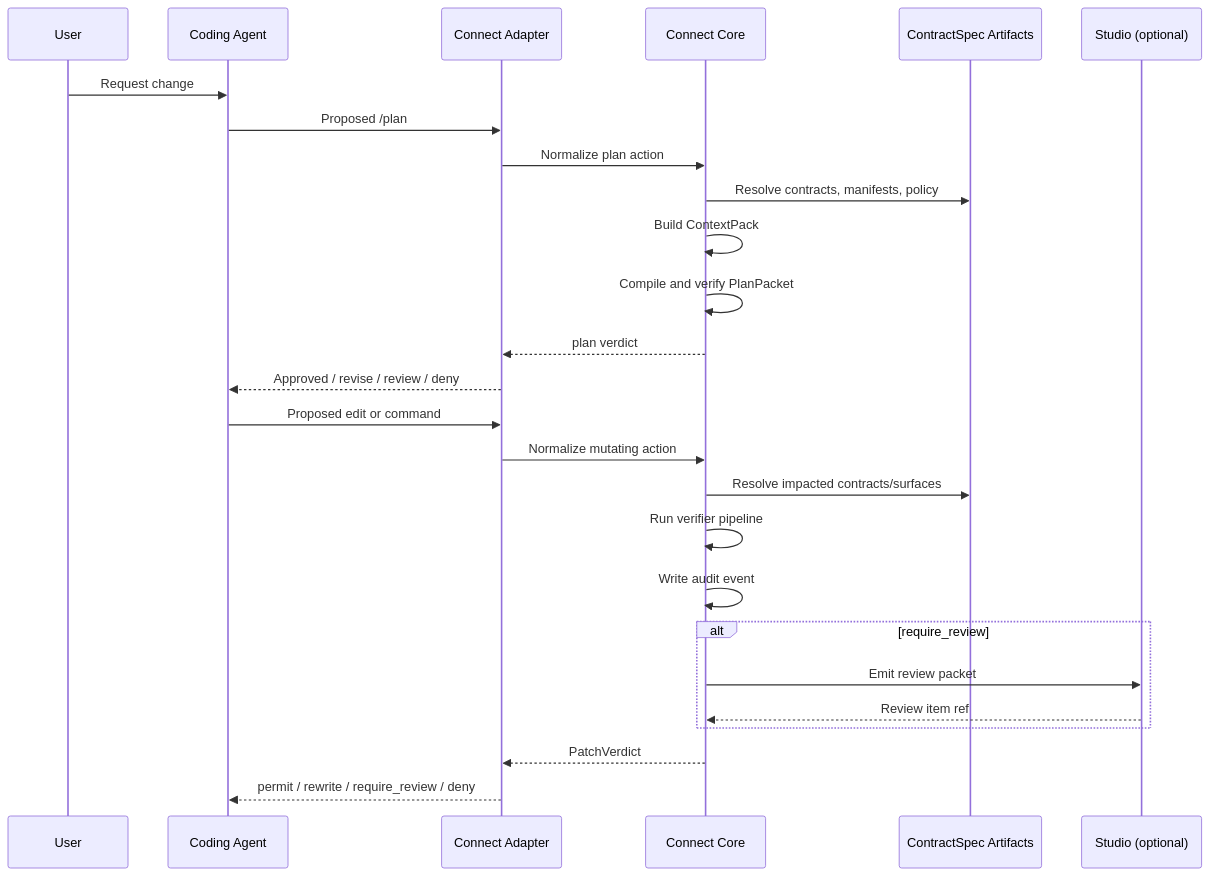
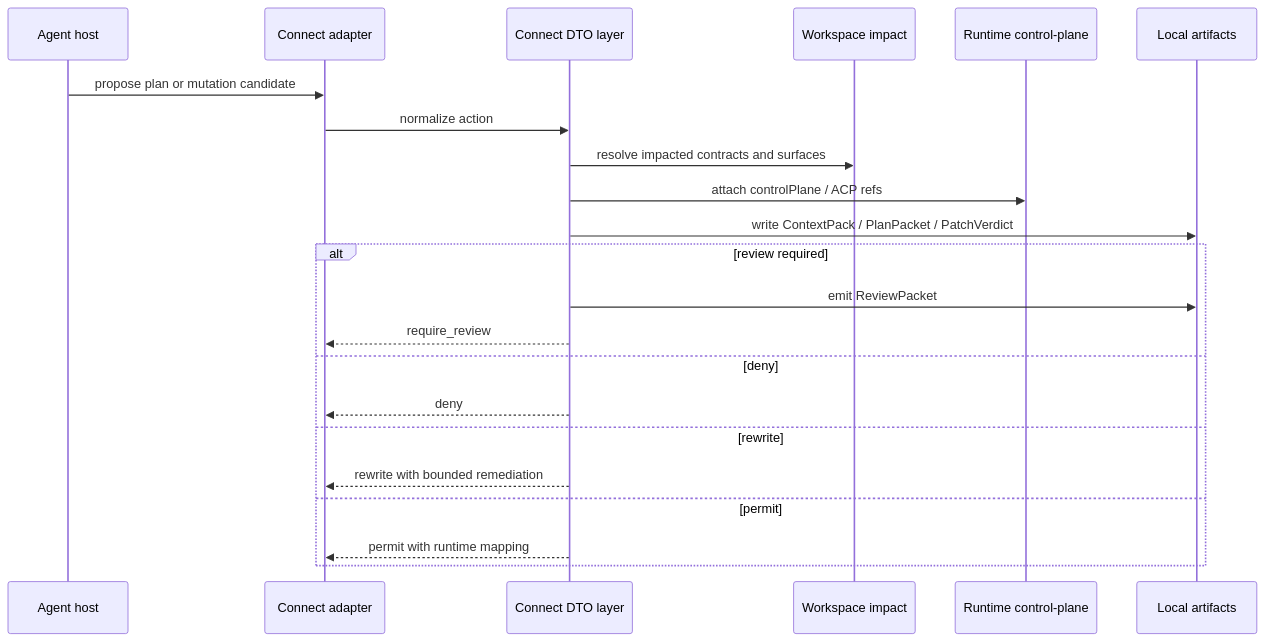
The diagram in specs/contractspec-connect-spec/diagrams/connect-sequence.mmd (lssm-tech/contractspec), drawn with Mermaid before and after one commit. The commit also changed 138 other files, not shown here.

```diff
--- a/specs/contractspec-connect-spec/diagrams/connect-sequence.mmd
+++ b/specs/contractspec-connect-spec/diagrams/connect-sequence.mmd
@@ -1,28 +1,23 @@
 sequenceDiagram
-    participant U as User
-    participant A as Coding Agent
-    participant AD as Connect Adapter
-    participant C as Connect Core
-    participant CS as ContractSpec Artifacts
-    participant S as Studio (optional)
+    participant A as Agent host
+    participant AD as Connect adapter
+    participant C as Connect DTO layer
+    participant W as Workspace impact
+    participant R as Runtime control-plane
+    participant L as Local artifacts
 
-    U->>A: Request change
-    A->>AD: Proposed /plan
-    AD->>C: Normalize plan action
-    C->>CS: Resolve contracts, manifests, policy
-    C->>C: Build ContextPack
-    C->>C: Compile and verify PlanPacket
-    C-->>AD: plan verdict
-    AD-->>A: Approved / revise / review / deny
-
-    A->>AD: Proposed edit or command
-    AD->>C: Normalize mutating action
-    C->>CS: Resolve impacted contracts/surfaces
-    C->>C: Run verifier pipeline
-    C->>C: Write audit event
-    alt require_review
-        C->>S: Emit review packet
-        S-->>C: Review item ref
+    A->>AD: propose plan or mutation candidate
+    AD->>C: normalize action
+    C->>W: resolve impacted contracts and surfaces
+    C->>R: attach controlPlane / ACP refs
+    C->>L: write ContextPack / PlanPacket / PatchVerdict
+    alt review required
+        C->>L: emit ReviewPacket
+        C-->>AD: require_review
+    else deny
+        C-->>AD: deny
+    else rewrite
+        C-->>AD: rewrite with bounded remediation
+    else permit
+        C-->>AD: permit with runtime mapping
     end
-    C-->>AD: PatchVerdict
-    AD-->>A: permit / rewrite / require_review / deny
```
